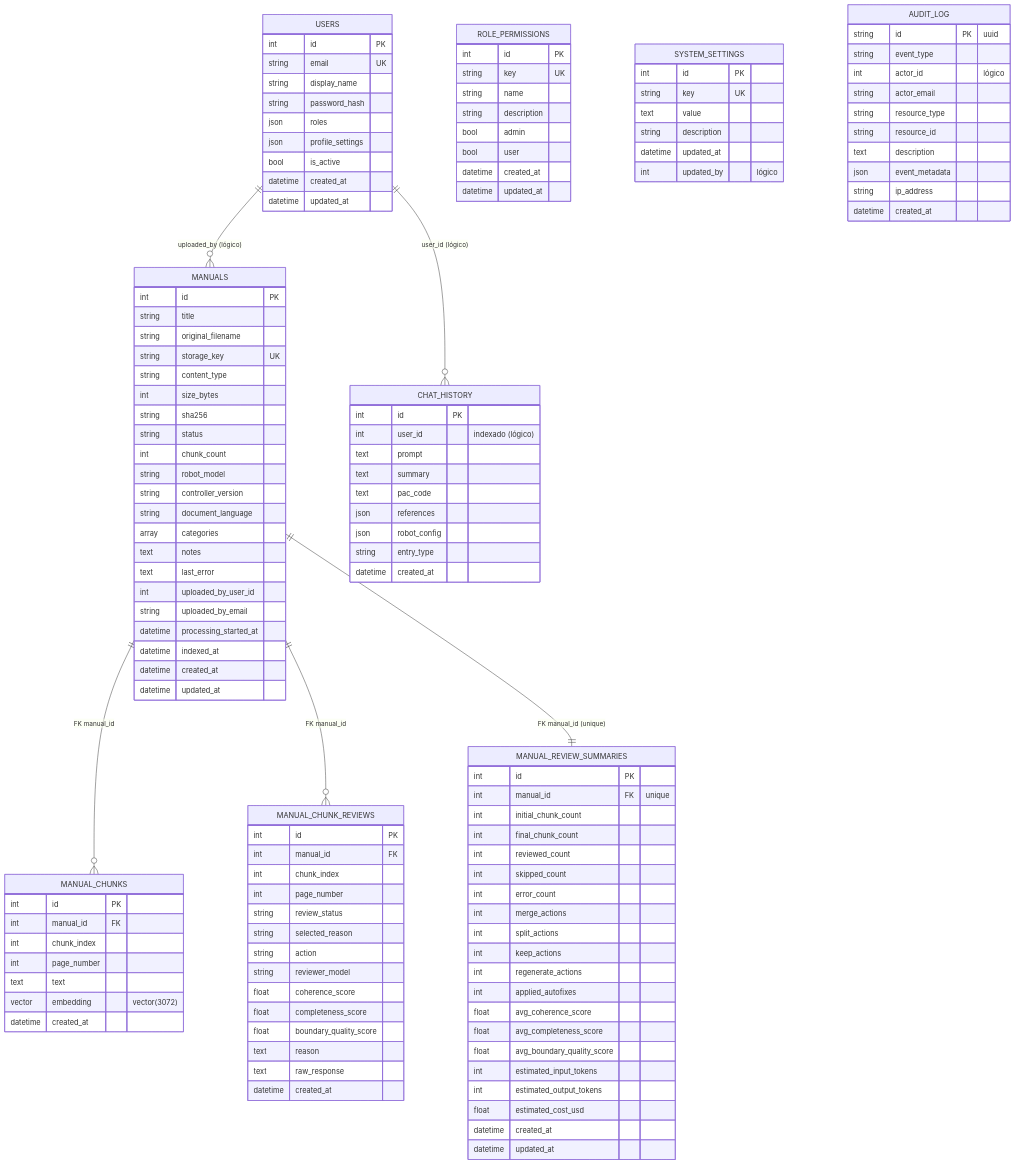
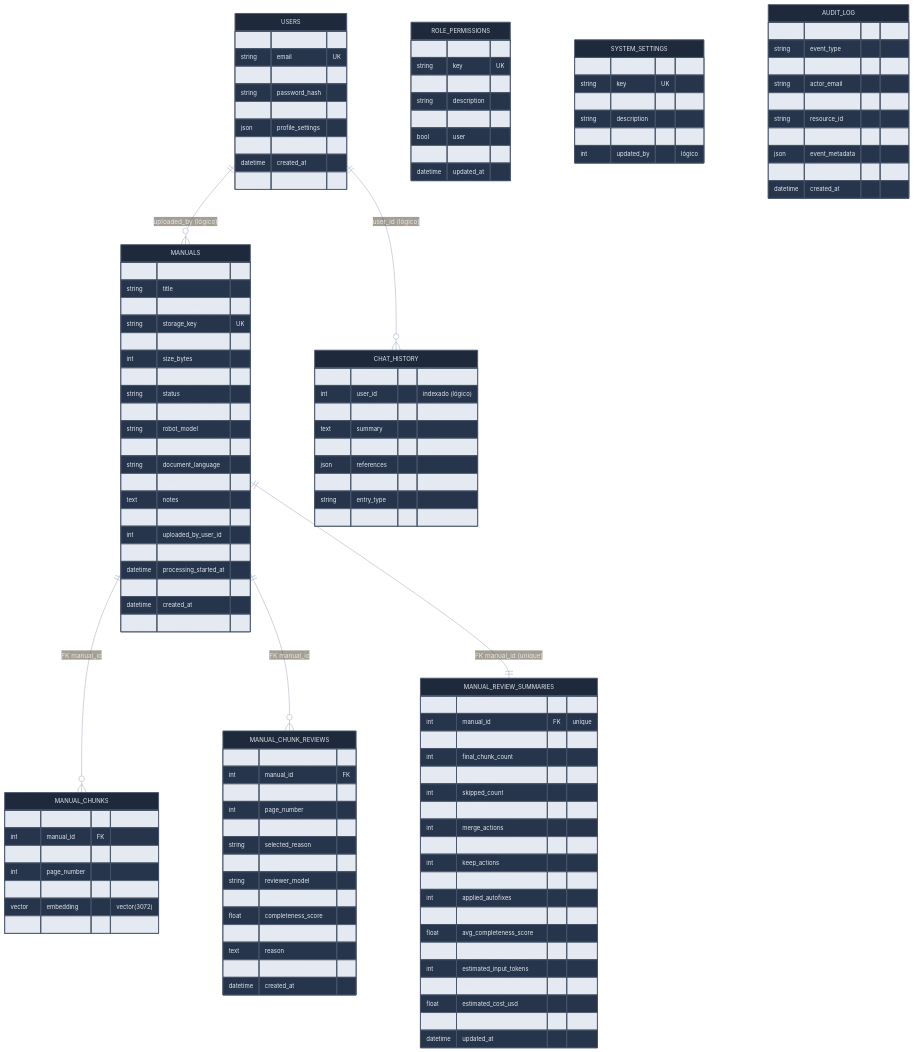
Before and after one commit to soviedos/rc7_programming_assistant: the eighth of 8 diagrams in docs/architecture/ARCHITECTURE.md, drawn with Mermaid. The commit also changed other lines of this file and 1 other file, not shown here.

First line of the commit message:
docs(architecture): stylize Mermaid diagrams (theme + per-component palette)

````diff
--- a/docs/architecture/ARCHITECTURE.md
+++ b/docs/architecture/ARCHITECTURE.md
@@ -236,4 +286,5 @@
 ```mermaid
+%%{init: {'theme':'base','themeVariables':{'fontFamily':'ui-sans-serif, system-ui','fontSize':'13px','lineColor':'#94a3b8','primaryColor':'#1e293b','primaryBorderColor':'#475569','primaryTextColor':'#e2e8f0','attributeBackgroundColorOdd':'#0f172a','attributeBackgroundColorEven':'#16233a'}}}%%
 erDiagram
     USERS ||--o{ MANUALS : "uploaded_by (lógico)"
     MANUALS ||--o{ MANUAL_CHUNKS : "FK manual_id"
````
